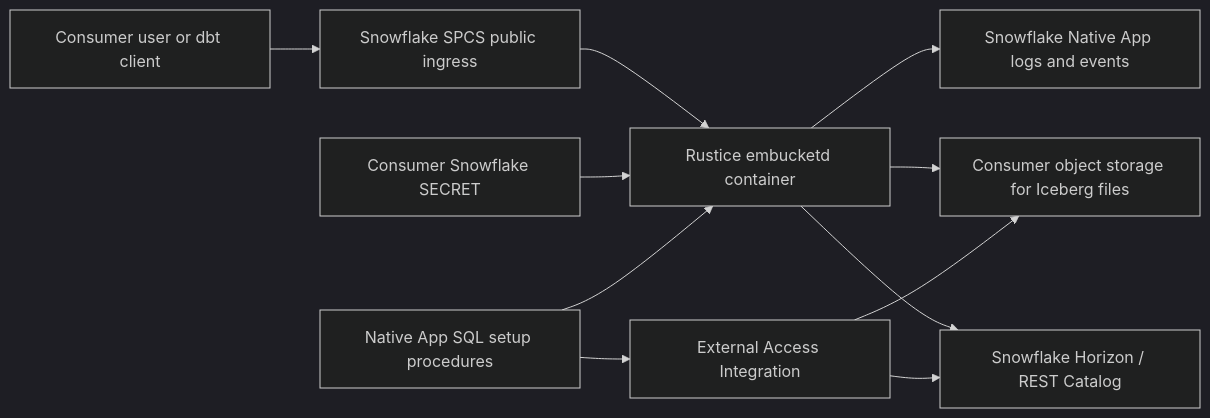
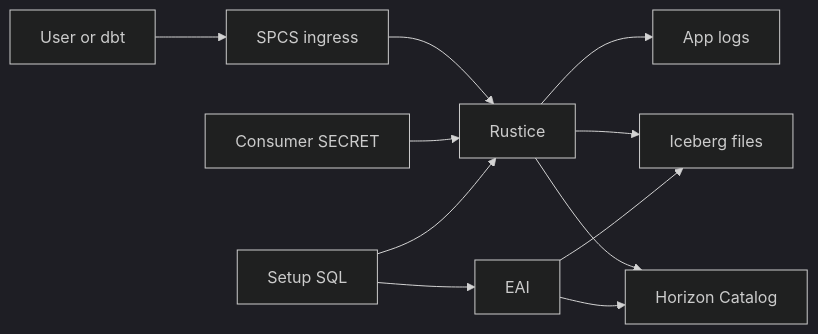
Before and after one commit to Embucket/rustice: the diagram in deploy/native-app/README.md, drawn with Mermaid (dark theme). The commit also changed other lines of this file, not shown here.

Commit message:
Fix Native App architecture diagram labels

````diff
--- a/deploy/native-app/README.md
+++ b/deploy/native-app/README.md
@@ -33,14 +33,14 @@
 ```mermaid
 flowchart LR
-  user[Consumer user or dbt client] --> ingress[Snowflake SPCS public ingress]
-  ingress --> service[Rustice embucketd container]
-  service --> catalog[Snowflake Horizon / REST Catalog]
-  service --> objectstore[Consumer object storage for Iceberg files]
-  service --> logs[Snowflake Native App logs and events]
+  user[User or dbt] --> ingress[SPCS ingress]
+  ingress --> service[Rustice]
+  service --> catalog[Horizon Catalog]
+  service --> objectstore[Iceberg files]
+  service --> logs[App logs]
 
-  consumerSecret[Consumer Snowflake SECRET] --> service
-  appSetup[Native App SQL setup procedures] --> service
-  appSetup --> eai[External Access Integration]
+  consumerSecret[Consumer SECRET] --> service
+  appSetup[Setup SQL] --> service
+  appSetup --> eai[EAI]
   eai --> catalog
   eai --> objectstore
 ```
````
